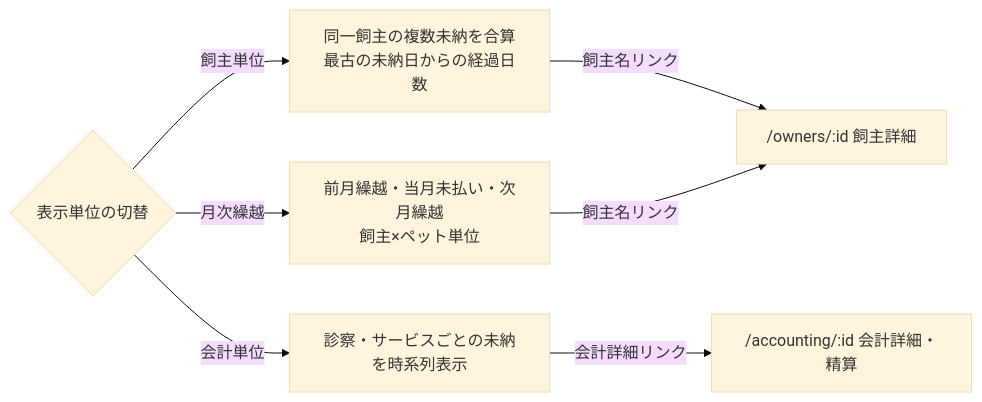
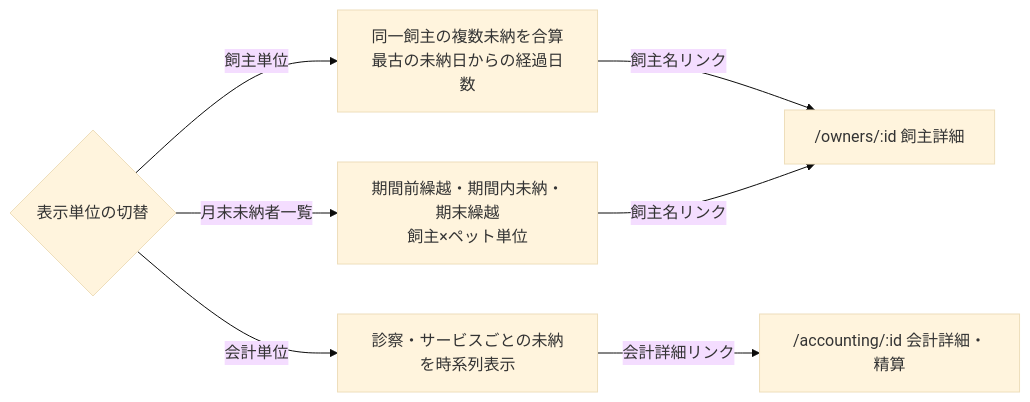
Before and after one commit to MinoruSoga/AnimalEkarte: the diagram in docs/spec/screens/30-unpaid-list.md, drawn with Mermaid (base theme). The commit also changed other lines of this file and 29 other files, not shown here.

First line of the commit message:
feat(accounting): 未納者一覧の「月次繰越」を「月末未納者一覧」に改称し期間検索に対応 (EMR-188)

````diff
--- a/docs/spec/screens/30-unpaid-list.md
+++ b/docs/spec/screens/30-unpaid-list.md
@@ -37,10 +37,10 @@
 ```mermaid
 flowchart LR
     G{"表示単位の切替"}
     G -->|"飼主単位"| O["同一飼主の複数未納を合算<br/>最古の未納日からの経過日数"]
     G -->|"会計単位"| B["診察・サービスごとの未納を時系列表示"]
-    G -->|"月次繰越"| M["前月繰越・当月未払い・次月繰越<br/>飼主×ペット単位"]
+    G -->|"月末未納者一覧"| M["期間前繰越・期間内未納・期末繰越<br/>飼主×ペット単位"]
     O -->|"飼主名リンク"| OD["/owners/:id 飼主詳細"]
     M -->|"飼主名リンク"| OD
     B -->|"会計詳細リンク"| BD["/accounting/:id 会計詳細・精算"]
 ```
````
